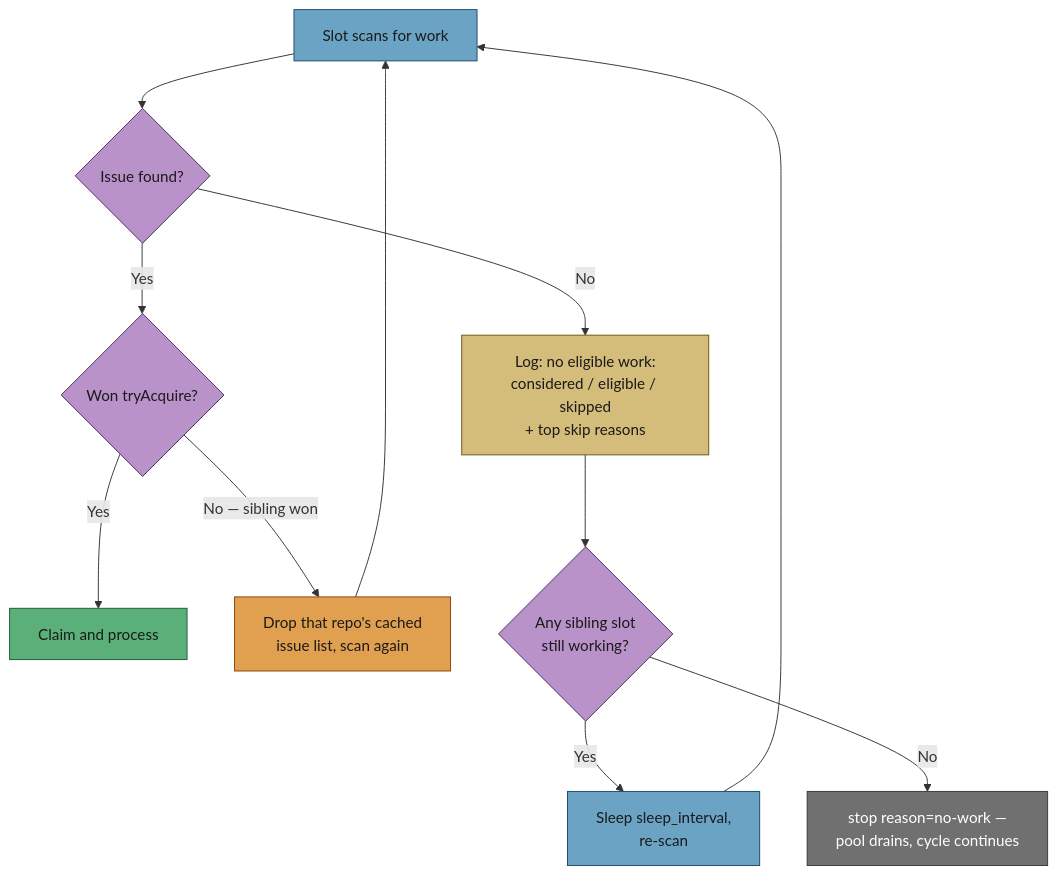
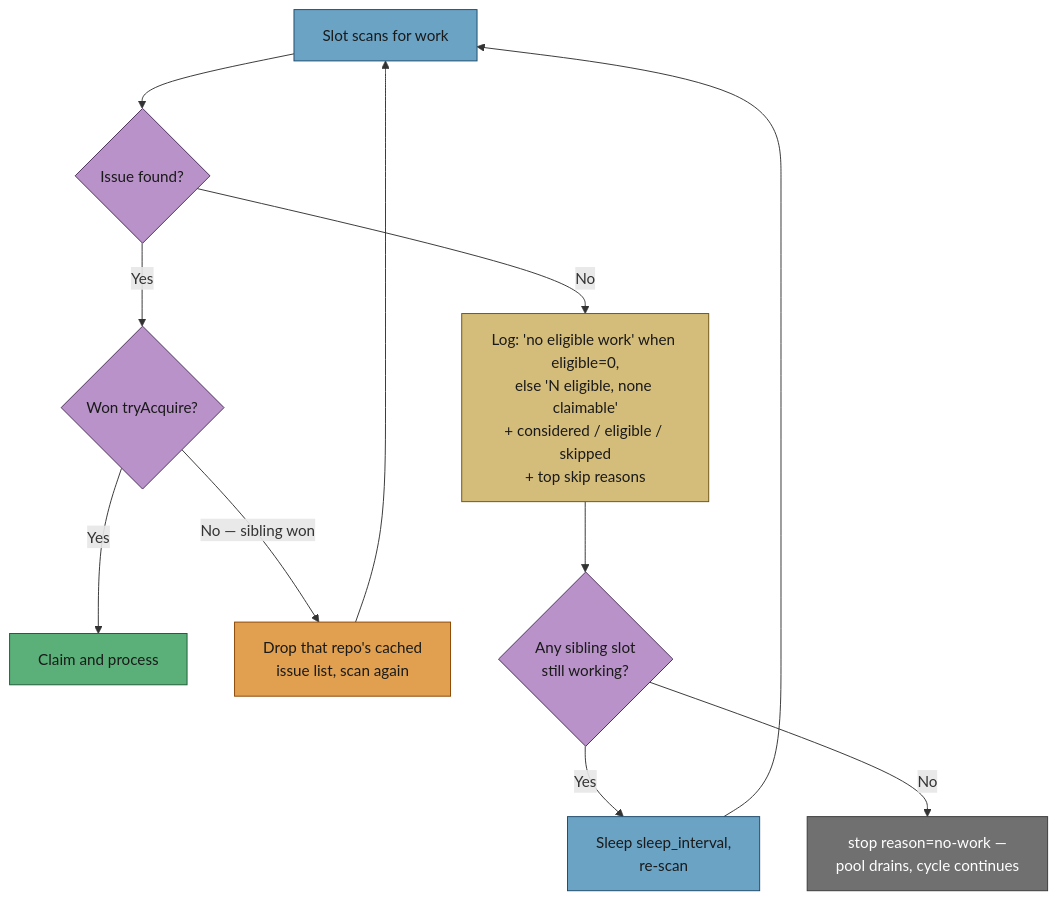
Before and after one commit to stSoftwareAU/VibeCoder: the fourth of 6 diagrams in docs/workflows/resilience-and-concurrency.md, drawn with Mermaid. The commit also changed other lines of this file and 5 other files, not shown here.

````diff
--- a/docs/workflows/resilience-and-concurrency.md
+++ b/docs/workflows/resilience-and-concurrency.md
@@ -225,22 +235,22 @@
 ```mermaid
 flowchart TD
   Scan["Slot scans for work"] --> Found{"Issue found?"}
   Found -->|Yes| Race{"Won tryAcquire?"}
   Race -->|Yes| Work["Claim and process"]
   Race -->|"No — sibling won"| Drop["Drop that repo's cached<br/>issue list, scan again"]
   Drop --> Scan
-  Found -->|No| Log["Log: no eligible work:<br/>considered / eligible / skipped<br/>+ top skip reasons"]
+  Found -->|No| Log["Log: 'no eligible work' when eligible=0,<br/>else 'N eligible, none claimable'<br/>+ considered / eligible / skipped<br/>+ top skip reasons"]
   Log --> Sibling{"Any sibling slot<br/>still working?"}
   Sibling -->|Yes| Wait["Sleep sleep_interval,<br/>re-scan"]
   Wait --> Scan
   Sibling -->|No| Retire["stop reason=no-work —<br/>pool drains, cycle continues"]
   style Scan fill:#6ba3c4,stroke:#1d4a6a,color:#1a1a1a
   style Found fill:#b892c8,stroke:#4a2d5a,color:#1a1a1a
   style Race fill:#b892c8,stroke:#4a2d5a,color:#1a1a1a
   style Sibling fill:#b892c8,stroke:#4a2d5a,color:#1a1a1a
   style Work fill:#5ab078,stroke:#1d5a35,color:#1a1a1a
   style Drop fill:#e0a050,stroke:#8b4500,color:#1a1a1a
   style Log fill:#d4bc7a,stroke:#6b5510,color:#1a1a1a
   style Wait fill:#6ba3c4,stroke:#1d4a6a,color:#1a1a1a
   style Retire fill:#707070,stroke:#3a3a3a,color:#fff
 ```
````
